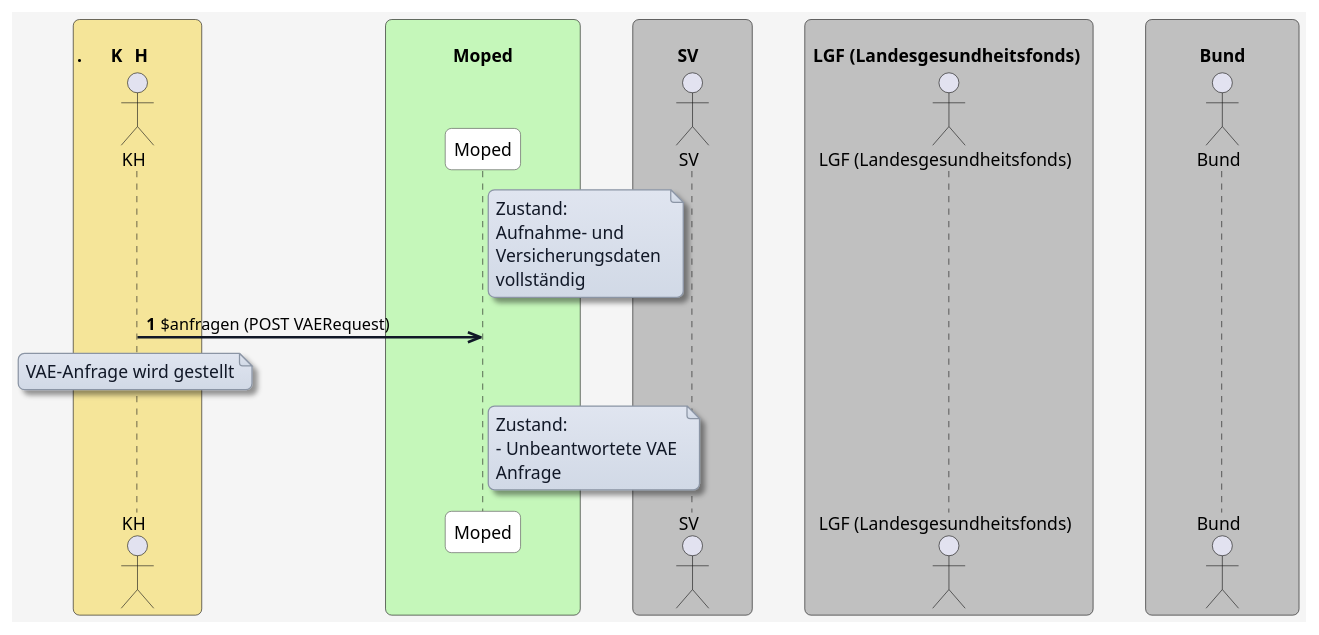
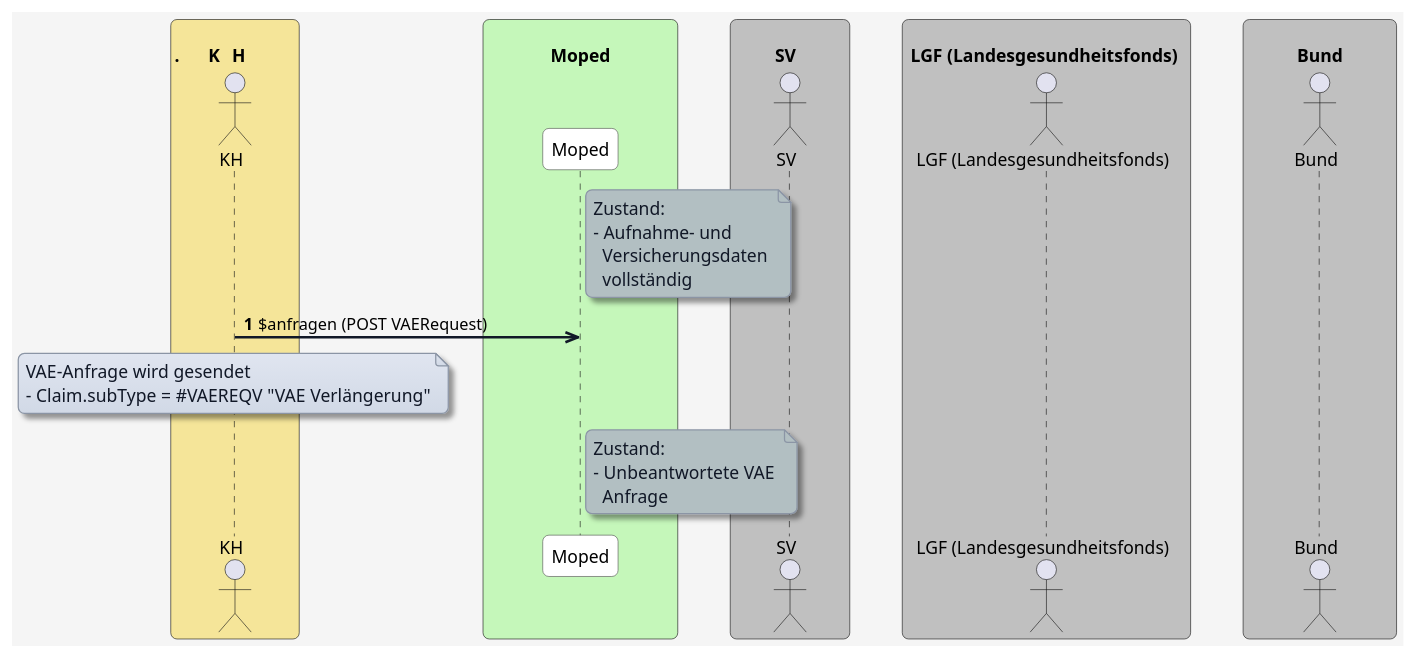
The diagram in input/images-source/anfragen.plantuml (HL7Austria/ELGA-MOPED-R5), drawn with PlantUML before and after one commit. The commit also changed 8 other files, not shown here.

```diff
--- a/input/images-source/anfragen.plantuml
+++ b/input/images-source/anfragen.plantuml
@@ -1,80 +1,83 @@
 @startuml
 skinparam borderColor #000000
 skinparam backgroundColor #f5f5f5
 skinparam shadowing false
 skinparam roundCorner 10
 skinparam defaultFontName "Arial"
 skinparam defaultFontSize 14
 skinparam defaultFontColor #000000
 
 skinparam note {
   BackgroundColor #e0e5f0-#d1d9e6
   BorderColor #8b95a5
   BorderThickness 1
   RoundCorner 8
   Padding 6
   FontColor #111827
   Shadowing true
 }
 
 skinparam HyperlinkColor #0000EE
 skinparam HyperlinkUnderline false
 
 skinparam sequence {
   ParticipantBorderColor #555555
   ParticipantBackgroundColor #ffffff
   ParticipantFontColor #000000
   ParticipantFontSize 14
   ParticipantPadding 20
   ArrowColor #111827
   ArrowThickness 2
   ArrowFontColor #000000
   ArrowFontSize 13
   GroupBorderColor #111827
   GroupBackgroundColor #f3f4f6
   GroupBorderThickness 1
 }
 
 skinparam BoxPadding 20
 skinparam BoxBorderColor #555555
 
 
 box "\n.         KH           " #f5e599
   actor KH as "KH"
 end box
 
 box "\n              Moped              " #c5f7ba
   participant MP as "Moped"
 end box
 
 box "\n         SV           " #c0c0c0
   actor SV as "SV"
 end box
 
 box "\n LGF (Landesgesundheitsfonds)  " #c0c0c0
   actor LGF as "LGF (Landesgesundheitsfonds)"
 end box
 
 box "\n           Bund           " #c0c0c0
   actor Bund as "Bund"
 end box
 
 autonumber
 
-note right of MP
+note right of MP #b2bfc2
 Zustand:
-Aufnahme- und 
-Versicherungsdaten 
-vollständig
+- Aufnahme- und 
+  Versicherungsdaten 
+  vollständig
 end note
 
 KH ->> MP: $anfragen (POST VAERequest)
-Note over KH: VAE-Anfrage wird gestellt
+note over KH
+VAE-Anfrage wird gesendet
+- Claim.subType = #VAEREQV "VAE Verlängerung"
+end note
 
-note right of MP
+note right of MP #b2bfc2
 Zustand:
 - Unbeantwortete VAE 
-Anfrage
+  Anfrage
 end note
 
 @enduml
```
